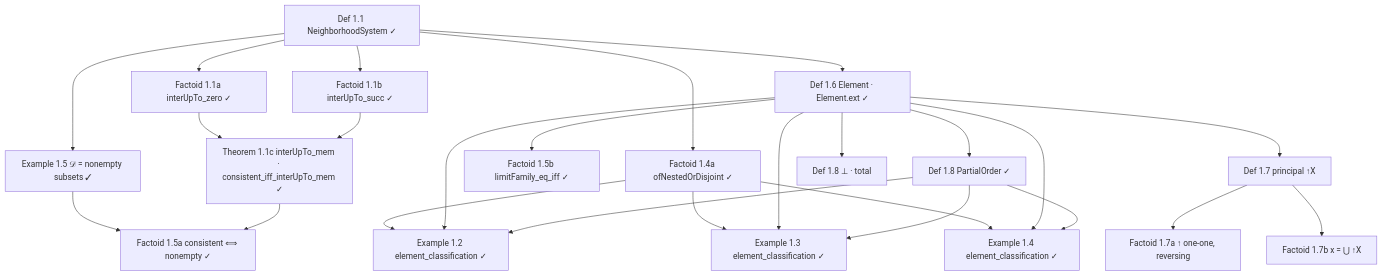
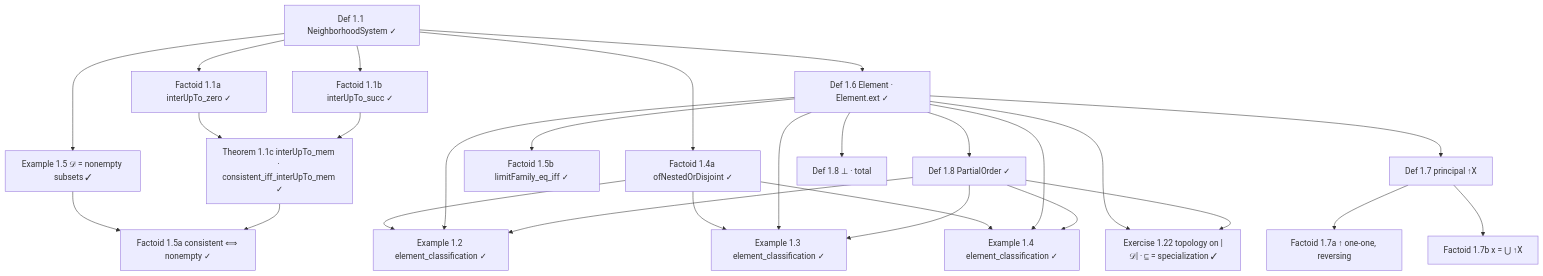
The seventh of 9 diagrams in arxiv.md (catskillsresearch/domain_theory), drawn with Mermaid before and after one commit. The commit also changed other lines of this file and 3 other files, not shown here.

First line of the commit message:
feat(Domain): add Exercise 1.22 on topology of |𝒟| and update documentation

````diff
--- a/arxiv.md
+++ b/arxiv.md
@@ -1180,45 +1180,48 @@
 ```mermaid
 flowchart TD
   D11["Def 1.1 NeighborhoodSystem ✓"]
   F11a["Factoid 1.1a interUpTo_zero ✓"]
   F11b["Factoid 1.1b interUpTo_succ ✓"]
   T11c["Theorem 1.1c interUpTo_mem · consistent_iff_interUpTo_mem ✓"]
   E12["Example 1.2 element_classification ✓"]
   E13["Example 1.3 element_classification ✓"]
   E14["Example 1.4 element_classification ✓"]
   F14a["Factoid 1.4a ofNestedOrDisjoint ✓"]
   E15["Example 1.5 𝒟 = nonempty subsets ✓"]
   F15a["Factoid 1.5a consistent ⟺ nonempty ✓"]
   F15b["Factoid 1.5b limitFamily_eq_iff ✓"]
   D16["Def 1.6 Element · Element.ext ✓"]
   D18o["Def 1.8 PartialOrder ✓"]
   D17["Def 1.7 principal ↑X"]
   F17a["Factoid 1.7a ↑ one-one, reversing"]
   F17b["Factoid 1.7b x = ⋃ ↑X"]
   D18b["Def 1.8 ⊥ · total"]
+  E122["Exercise 1.22 topology on |𝒟| · ⊑ = specialization ✓"]
 
   D11 --> F11a
   D11 --> F11b
   F11a --> T11c
   F11b --> T11c
   D11 --> D16
   D11 --> F14a
   F14a --> E12
   F14a --> E13
   F14a --> E14
   D16 --> D18o
   D16 --> E12
   D18o --> E12
   D16 --> E13
   D18o --> E13
   D16 --> E14
   D18o --> E14
   D11 --> E15
   E15 --> F15a
   T11c --> F15a
   D16 --> F15b
   D16 --> D17
   D17 --> F17a
   D17 --> F17b
   D16 --> D18b
+  D16 --> E122
+  D18o --> E122
 ```
````
